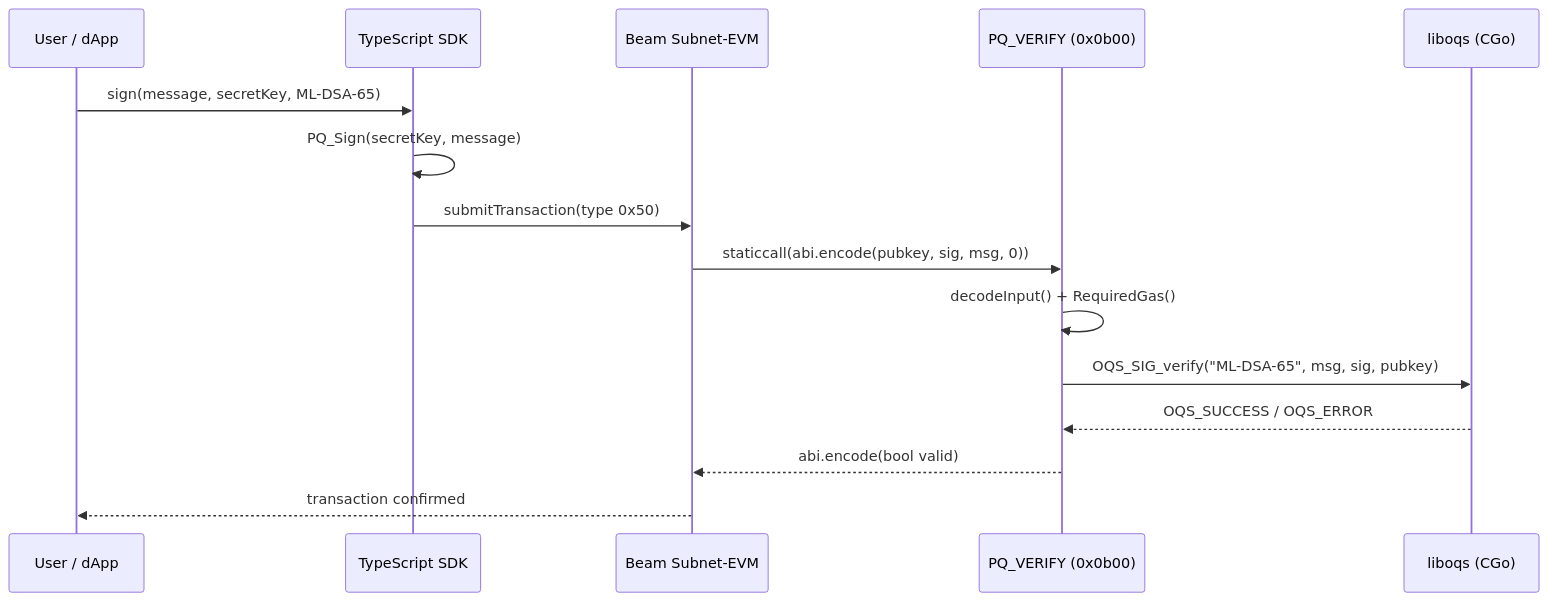
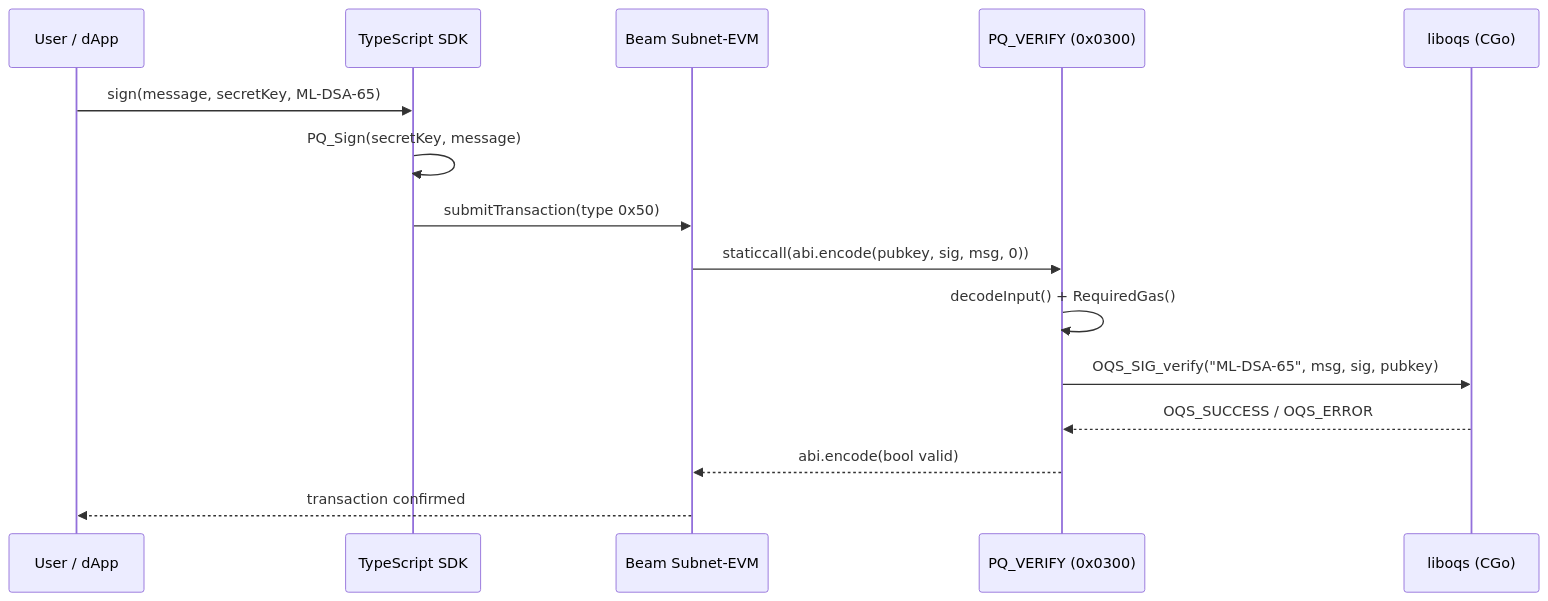
Before and after one commit to SAHU-01/pq-beam-verify-precompile: the second of 5 diagrams in README.md, drawn with Mermaid. The commit also changed other lines of this file and 6 other files, not shown here.

````diff
--- a/README.md
+++ b/README.md
@@ -70,18 +70,18 @@
 ```mermaid
 sequenceDiagram
     participant User as User / dApp
     participant SDK as TypeScript SDK
     participant EVM as Beam Subnet-EVM
-    participant PC as PQ_VERIFY (0x0b00)
+    participant PC as PQ_VERIFY (0x0300)
     participant OQS as liboqs (CGo)
 
     User->>SDK: sign(message, secretKey, ML-DSA-65)
     SDK->>SDK: PQ_Sign(secretKey, message)
     SDK->>EVM: submitTransaction(type 0x50)
     EVM->>PC: staticcall(abi.encode(pubkey, sig, msg, 0))
     PC->>PC: decodeInput() + RequiredGas()
     PC->>OQS: OQS_SIG_verify("ML-DSA-65", msg, sig, pubkey)
     OQS-->>PC: OQS_SUCCESS / OQS_ERROR
     PC-->>EVM: abi.encode(bool valid)
     EVM-->>User: transaction confirmed
 ```
````
